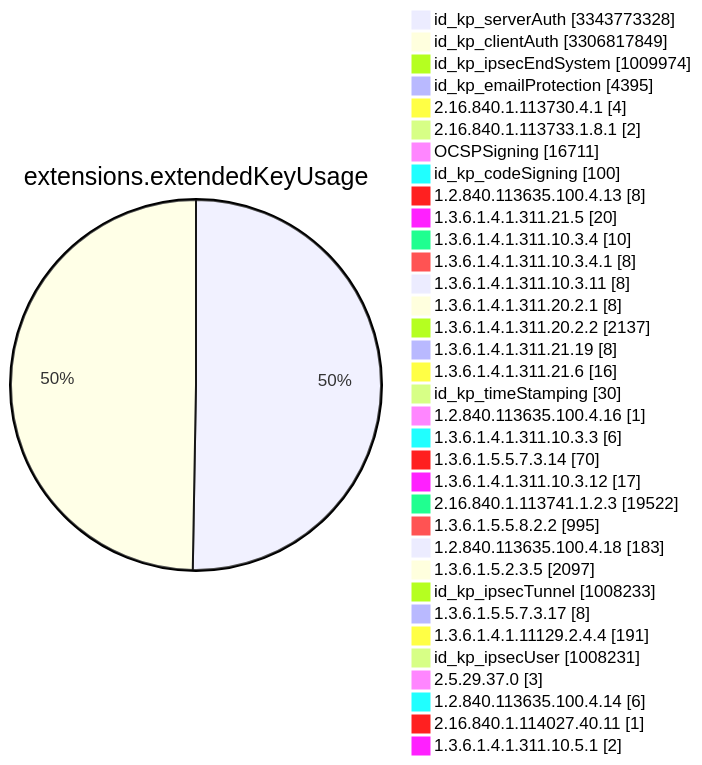
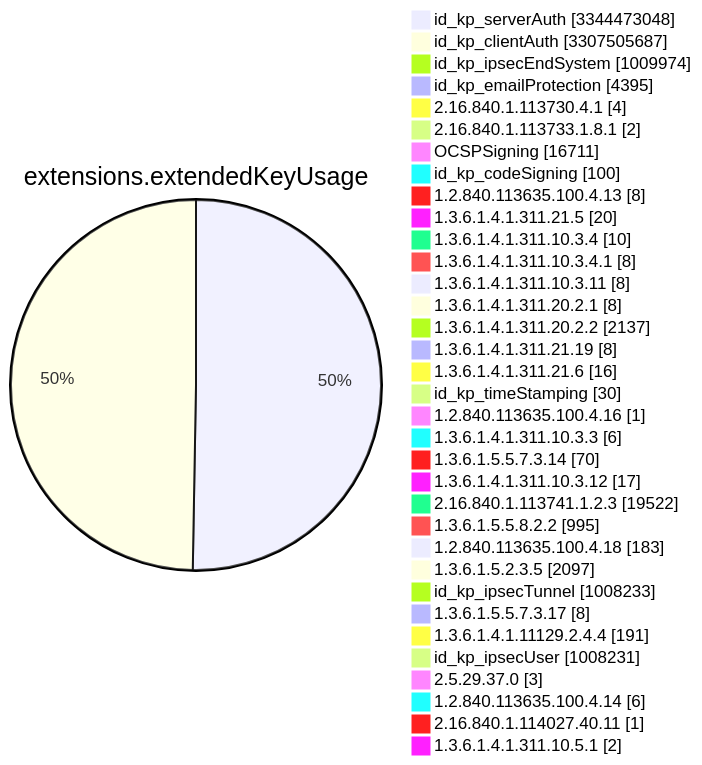
Diagram 11 of 15 in TOTAL/README.md (christiankrug/ctmonitor_visualization), drawn with Mermaid before and after one commit. The commit also changed other lines of this file, not shown here.

````diff
--- a/TOTAL/README.md
+++ b/TOTAL/README.md
@@ -4120,38 +4120,38 @@
 ```mermaid
 pie showData
 title extensions.extendedKeyUsage
-"id_kp_serverAuth" :3343773328
-"id_kp_clientAuth" :3306817849
+"id_kp_serverAuth" :3344473048
+"id_kp_clientAuth" :3307505687
 "id_kp_ipsecEndSystem" :1009974
 "id_kp_emailProtection" :4395
 "2.16.840.1.113730.4.1" :4
 "2.16.840.1.113733.1.8.1" :2
 "OCSPSigning" :16711
 "id_kp_codeSigning" :100
 "1.2.840.113635.100.4.13" :8
 "1.3.6.1.4.1.311.21.5" :20
 "1.3.6.1.4.1.311.10.3.4" :10
 "1.3.6.1.4.1.311.10.3.4.1" :8
 "1.3.6.1.4.1.311.10.3.11" :8
 "1.3.6.1.4.1.311.20.2.1" :8
 "1.3.6.1.4.1.311.20.2.2" :2137
 "1.3.6.1.4.1.311.21.19" :8
 "1.3.6.1.4.1.311.21.6" :16
 "id_kp_timeStamping" :30
 "1.2.840.113635.100.4.16" :1
 "1.3.6.1.4.1.311.10.3.3" :6
 "1.3.6.1.5.5.7.3.14" :70
 "1.3.6.1.4.1.311.10.3.12" :17
 "2.16.840.1.113741.1.2.3" :19522
 "1.3.6.1.5.5.8.2.2" :995
 "1.2.840.113635.100.4.18" :183
 "1.3.6.1.5.2.3.5" :2097
 "id_kp_ipsecTunnel" :1008233
 "1.3.6.1.5.5.7.3.17" :8
 "1.3.6.1.4.1.11129.2.4.4" :191
 "id_kp_ipsecUser" :1008231
 "2.5.29.37.0" :3
 "1.2.840.113635.100.4.14" :6
 "2.16.840.1.114027.40.11" :1
 "1.3.6.1.4.1.311.10.5.1" :2
 ```
````
